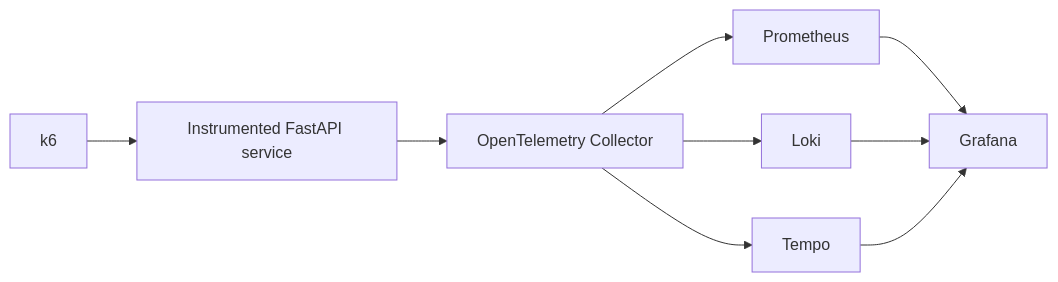
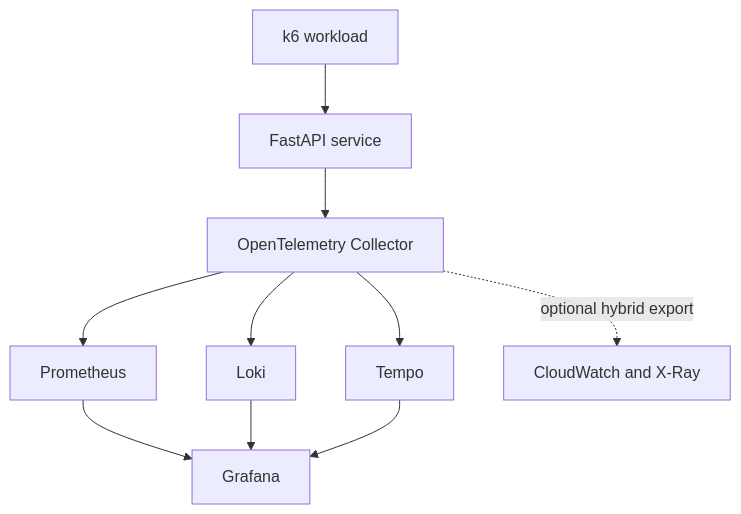
One commit to itamarsb/hybrid-observability-platform changed the diagram in README.md. Above: the diagram before and after it, drawn with Mermaid. The commit also changed other lines of this file, not shown here.

````diff
--- a/README.md
+++ b/README.md
@@ -43,13 +20,12 @@
 ```mermaid
-flowchart LR
-    K6["k6"] --> APP["Instrumented FastAPI service"]
-    APP --> OTEL["OpenTelemetry Collector"]
-
+flowchart TB
+    K6["k6 workload"] --> API["FastAPI service"]
+    API --> OTEL["OpenTelemetry Collector"]
     OTEL --> PROM["Prometheus"]
     OTEL --> LOKI["Loki"]
     OTEL --> TEMPO["Tempo"]
-
     PROM --> GRAFANA["Grafana"]
     LOKI --> GRAFANA
     TEMPO --> GRAFANA
+    OTEL -. "optional hybrid export" .-> AWS["CloudWatch and X-Ray"]
 ```
````
